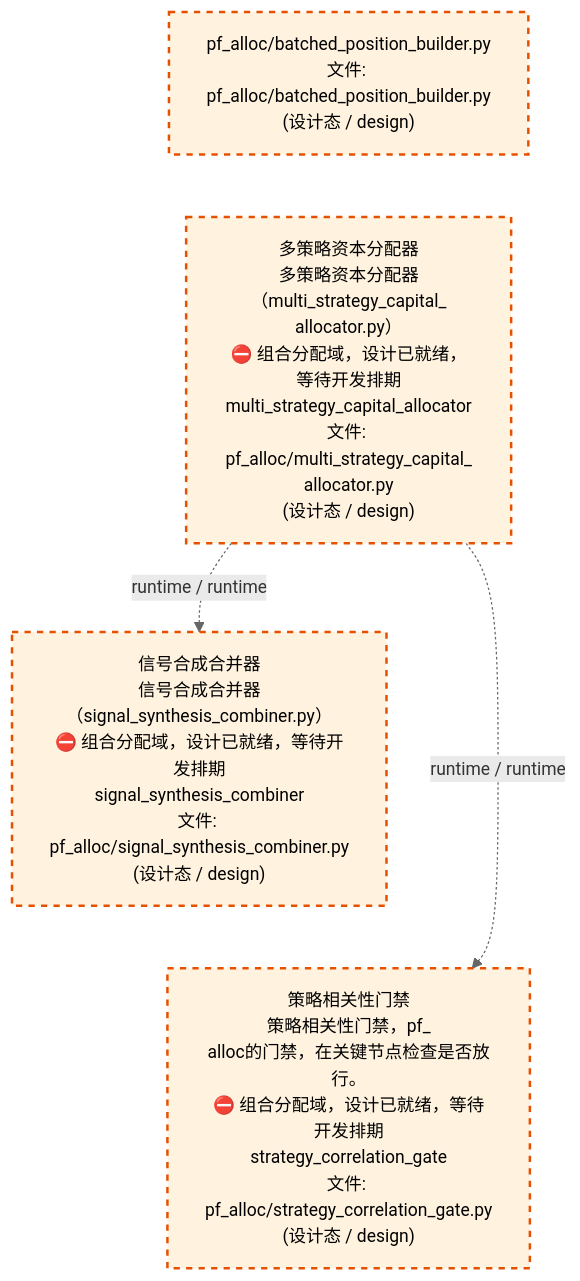
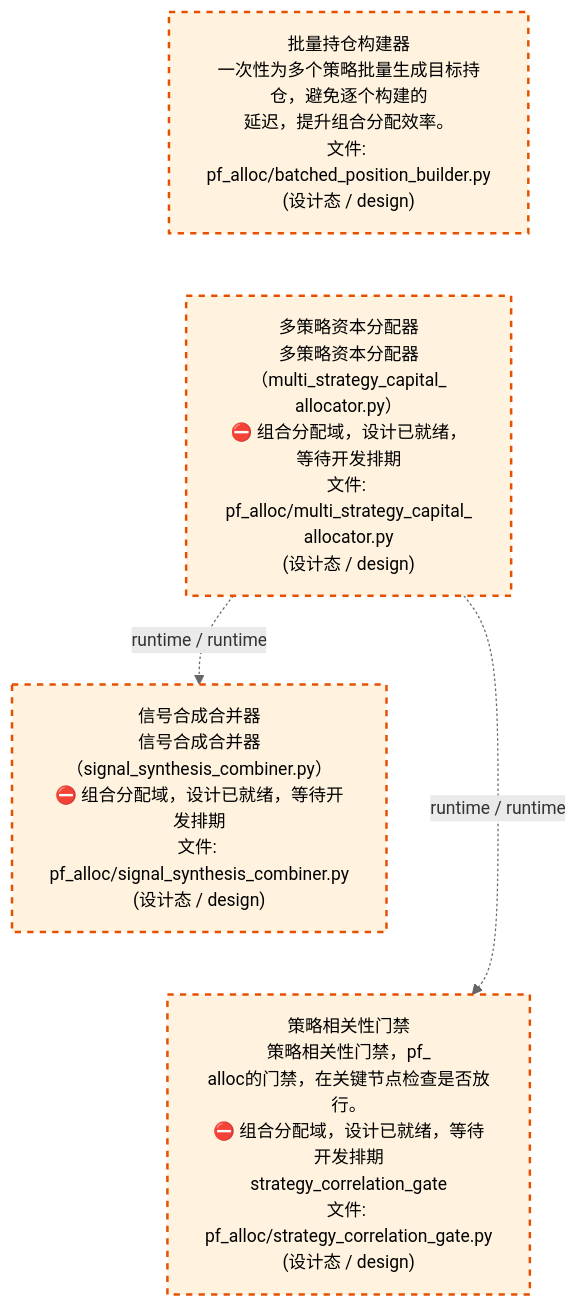
Before and after one commit to xuanFelixVan/ZephyrAlpha: the third of 4 diagrams in docs/02_enterprise_architecture/02_domain_architecture_docs/62_d_pf_alloc.md, drawn with Mermaid. The commit also changed other lines of this file and 60 other files, not shown here.

````diff
--- a/docs/02_enterprise_architecture/02_domain_architecture_docs/62_d_pf_alloc.md
+++ b/docs/02_enterprise_architecture/02_domain_architecture_docs/62_d_pf_alloc.md
@@ -117,17 +122,17 @@
 ```mermaid
 %%{init: {'theme': 'base', 'themeVariables': {'primaryColor': '#eaeaea', 'primaryTextColor': '#333333', 'primaryBorderColor': '#666666', 'lineColor': '#666666', 'secondaryColor': '#eaeaea', 'tertiaryColor': '#eaeaea', 'fontSize': '14px'}}}%%
 flowchart TD
-    src_zephyr_pf_alloc_batched_position_builder_py["pf_alloc/batched_position_builder.py<br/>文件: pf_alloc/batched_position_builder.py<br/>(设计态 / design)"]
-    src_zephyr_pf_alloc_multi_strategy_capital_allocator_py["多策略资本分配器<br/>多策略资本分配器（multi_strategy_capital_<br/>allocator.py）<br/>⛔ 组合分配域，设计已就绪，等待开发排期<br/>multi_strategy_capital_allocator<br/>文件: pf_alloc/multi_strategy_capital_<br/>allocator.py<br/>(设计态 / design)"]
+    src_zephyr_pf_alloc_batched_position_builder_py["批量持仓构建器<br/>一次性为多个策略批量生成目标持仓，避免逐个构建的<br/>延迟，提升组合分配效率。<br/>文件: pf_alloc/batched_position_builder.py<br/>(设计态 / design)"]
+    src_zephyr_pf_alloc_multi_strategy_capital_allocator_py["多策略资本分配器<br/>多策略资本分配器（multi_strategy_capital_<br/>allocator.py）<br/>⛔ 组合分配域，设计已就绪，等待开发排期<br/>文件: pf_alloc/multi_strategy_capital_<br/>allocator.py<br/>(设计态 / design)"]
     src_zephyr_pf_alloc_batched_position_builder_py ~~~ src_zephyr_pf_alloc_multi_strategy_capital_allocator_py
-    src_zephyr_pf_alloc_signal_synthesis_combiner_py["信号合成合并器<br/>信号合成合并器（signal_synthesis_combiner.py）<br/>⛔ 组合分配域，设计已就绪，等待开发排期<br/>signal_synthesis_combiner<br/>文件: pf_alloc/signal_synthesis_combiner.py<br/>(设计态 / design)"]
+    src_zephyr_pf_alloc_signal_synthesis_combiner_py["信号合成合并器<br/>信号合成合并器（signal_synthesis_combiner.py）<br/>⛔ 组合分配域，设计已就绪，等待开发排期<br/>文件: pf_alloc/signal_synthesis_combiner.py<br/>(设计态 / design)"]
     src_zephyr_pf_alloc_strategy_correlation_gate_py["策略相关性门禁<br/>策略相关性门禁，pf_<br/>alloc的门禁，在关键节点检查是否放行。<br/>⛔ 组合分配域，设计已就绪，等待开发排期<br/>strategy_correlation_gate<br/>文件: pf_alloc/strategy_correlation_gate.py<br/>(设计态 / design)"]
     src_zephyr_pf_alloc_signal_synthesis_combiner_py ~~~ src_zephyr_pf_alloc_strategy_correlation_gate_py
     src_zephyr_pf_alloc_multi_strategy_capital_allocator_py -.->|runtime / runtime| src_zephyr_pf_alloc_signal_synthesis_combiner_py
     src_zephyr_pf_alloc_multi_strategy_capital_allocator_py -.->|runtime / runtime| src_zephyr_pf_alloc_strategy_correlation_gate_py
     classDef production fill:#e1f5fe,stroke:#01579b,stroke-width:2px,color:#000
     classDef design fill:#fff3e0,stroke:#e65100,stroke-width:2px,color:#000,stroke-dasharray: 5 5
     classDef external_prod fill:#e8f4fd,stroke:#0277bd,stroke-width:1px,color:#000
     classDef external_design fill:#fff8e7,stroke:#ef6c00,stroke-width:1px,color:#000,stroke-dasharray: 5 5
     class src_zephyr_pf_alloc_batched_position_builder_py,src_zephyr_pf_alloc_multi_strategy_capital_allocator_py,src_zephyr_pf_alloc_signal_synthesis_combiner_py,src_zephyr_pf_alloc_strategy_correlation_gate_py design
 ```
````
